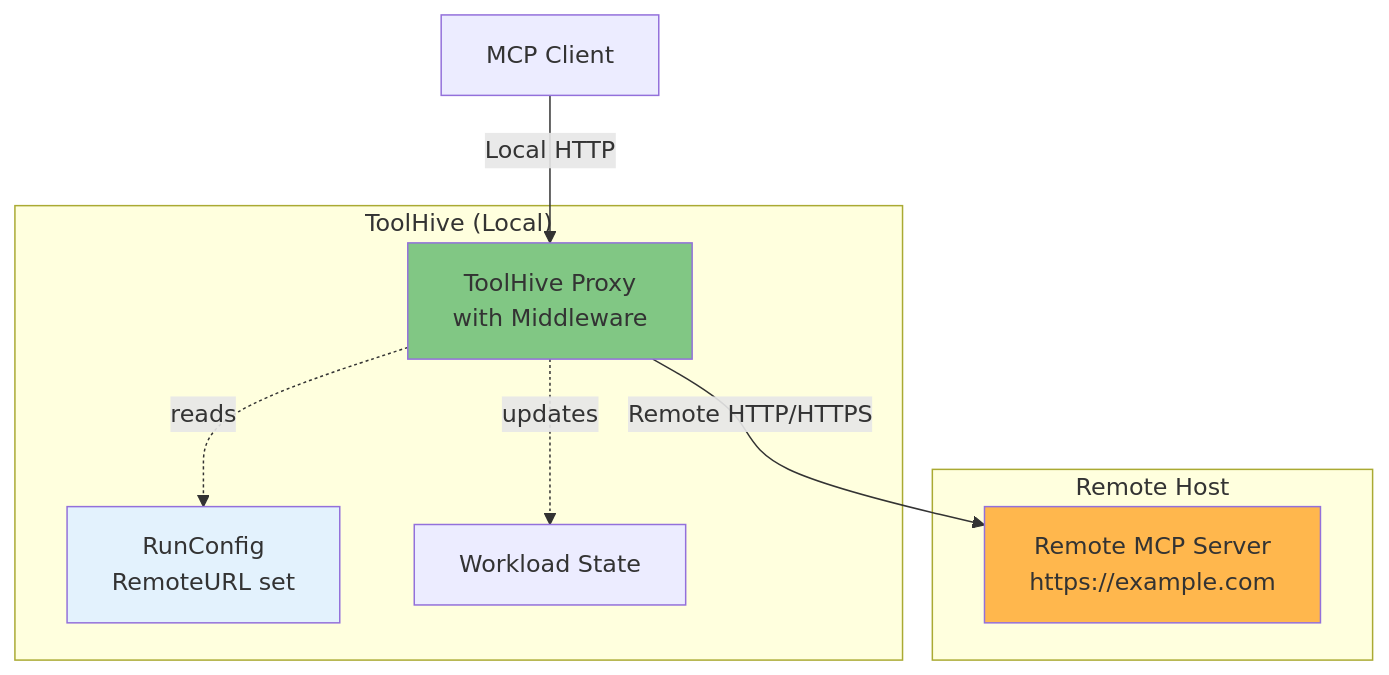
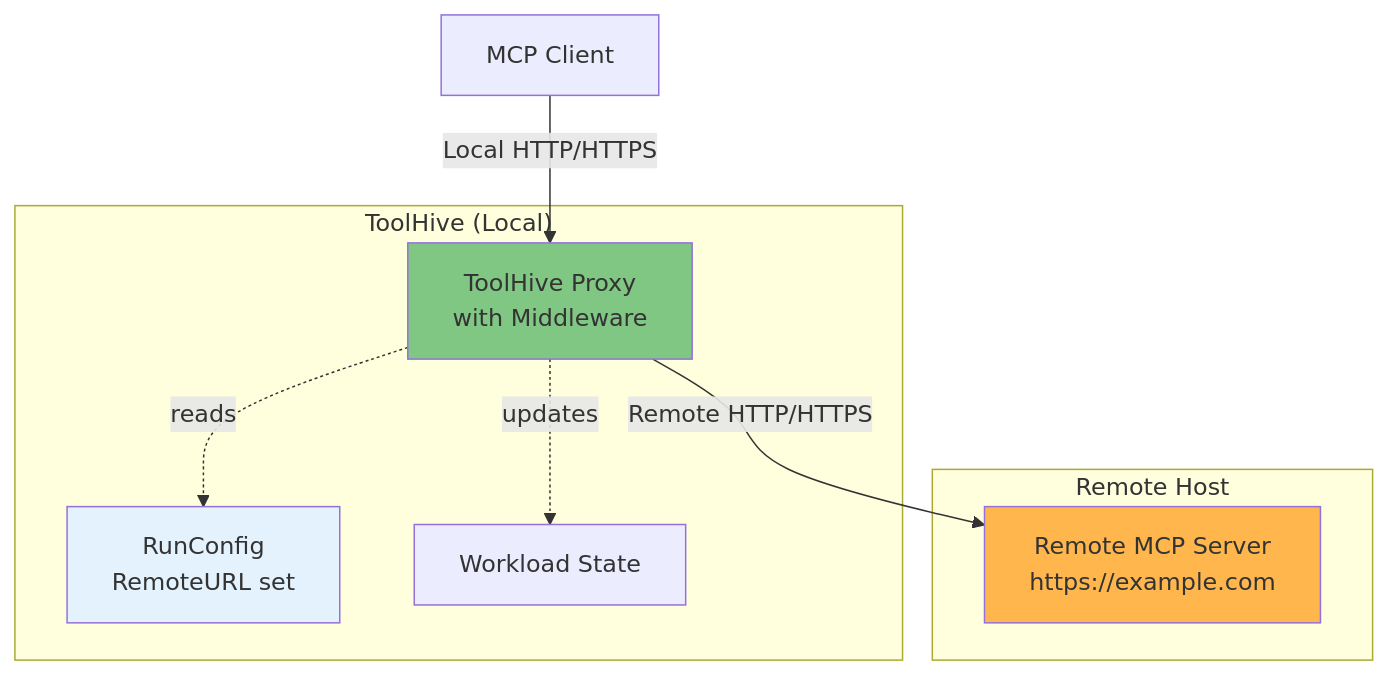
One commit to stacklok/toolhive changed the fifth of 5 diagrams in docs/arch/03-transport-architecture.md. Above: the diagram before and after it, drawn with Mermaid. The commit also changed other lines of this file and 21 other files, not shown here.

````diff
--- a/docs/arch/03-transport-architecture.md
+++ b/docs/arch/03-transport-architecture.md
@@ -264,22 +272,22 @@
 ```mermaid
 graph TB
-    Client[MCP Client] -->|Local HTTP| Proxy[ToolHive Proxy<br/>with Middleware]
+    Client[MCP Client] -->|Local HTTP/HTTPS| Proxy[ToolHive Proxy<br/>with Middleware]
     Proxy -->|Remote HTTP/HTTPS| Remote[Remote MCP Server<br/>https://example.com]
 
     subgraph "ToolHive (Local)"
         Proxy
         Config[RunConfig<br/>RemoteURL set]
         State[Workload State]
     end
 
     subgraph "Remote Host"
         Remote
     end
 
     Proxy -.->|reads| Config
     Proxy -.->|updates| State
 
     style Proxy fill:#81c784
     style Remote fill:#ffb74d
     style Config fill:#e3f2fd
 ```
````
